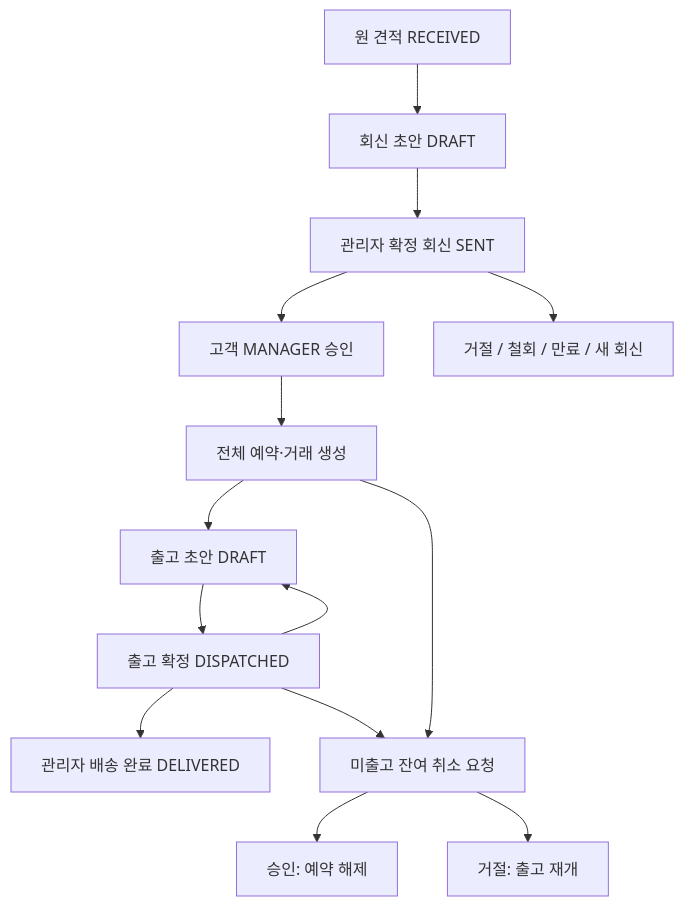
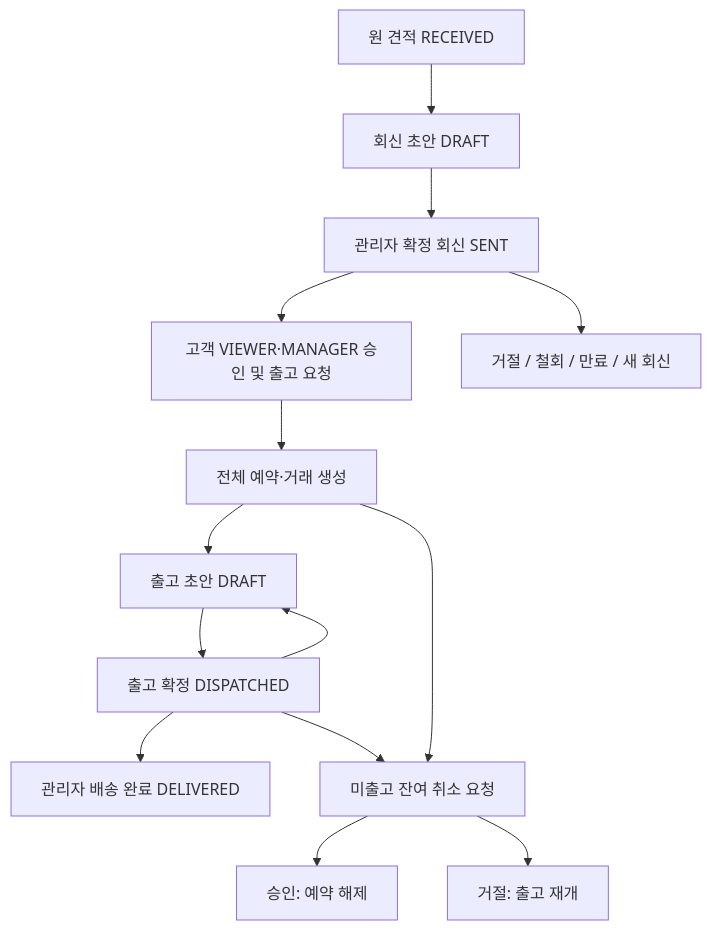
One commit to sungminmo/mrs2.0 changed the diagram in docs/OUTBOUND_POLICY.md. Above: the diagram before and after it, drawn with Mermaid. The commit also changed other lines of this file and 7 other files, not shown here.

Commit message:
feat: Update outbound approval process to allow VIEWER and MANAGER roles to approve and request shipments

````diff
--- a/docs/OUTBOUND_POLICY.md
+++ b/docs/OUTBOUND_POLICY.md
@@ -23,16 +23,16 @@
 ```mermaid
 flowchart TD
   A[원 견적 RECEIVED] --> B[회신 초안 DRAFT]
   B --> C[관리자 확정 회신 SENT]
-  C --> D[고객 MANAGER 승인]
+  C --> D[고객 VIEWER·MANAGER 승인 및 출고 요청]
   C --> E[거절 / 철회 / 만료 / 새 회신]
   D --> F[전체 예약·거래 생성]
   F --> G[출고 초안 DRAFT]
   G --> H[출고 확정 DISPATCHED]
   H --> I[관리자 배송 완료 DELIVERED]
   H --> G
   F --> J[미출고 잔여 취소 요청]
   H --> J
   J --> K[승인: 예약 해제]
   J --> L[거절: 출고 재개]
 ```
````
